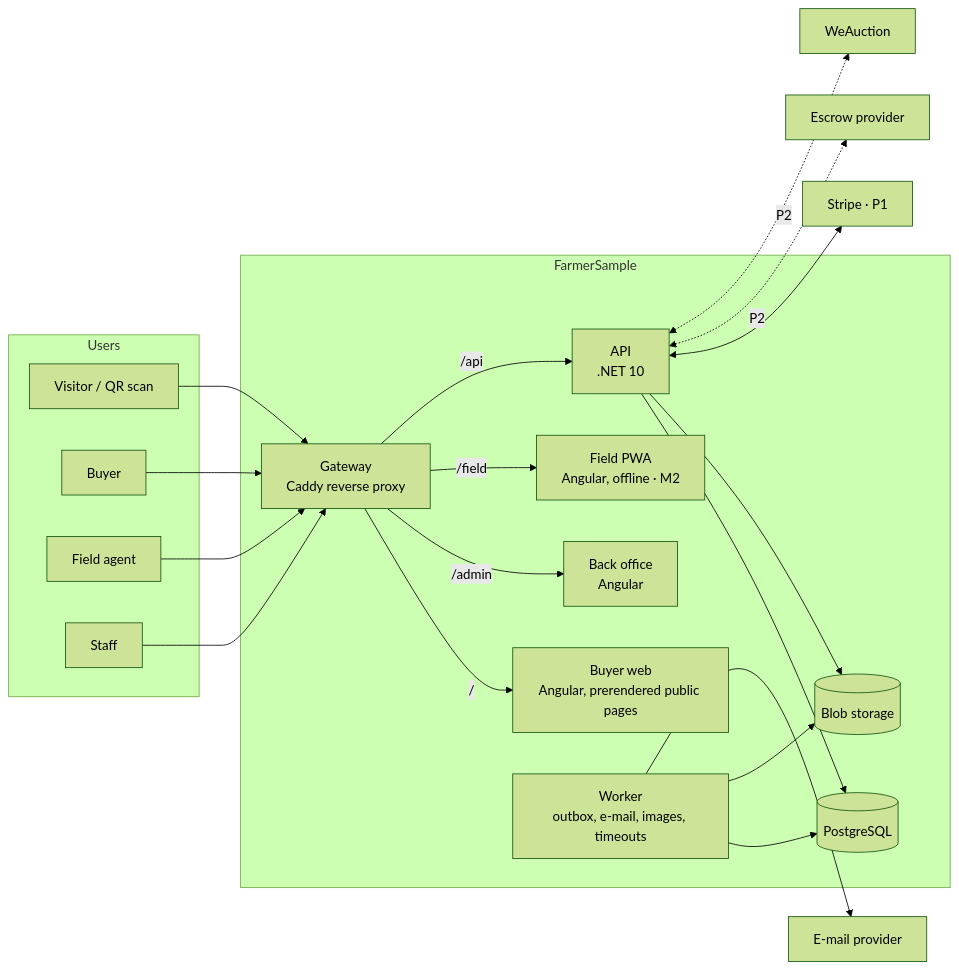
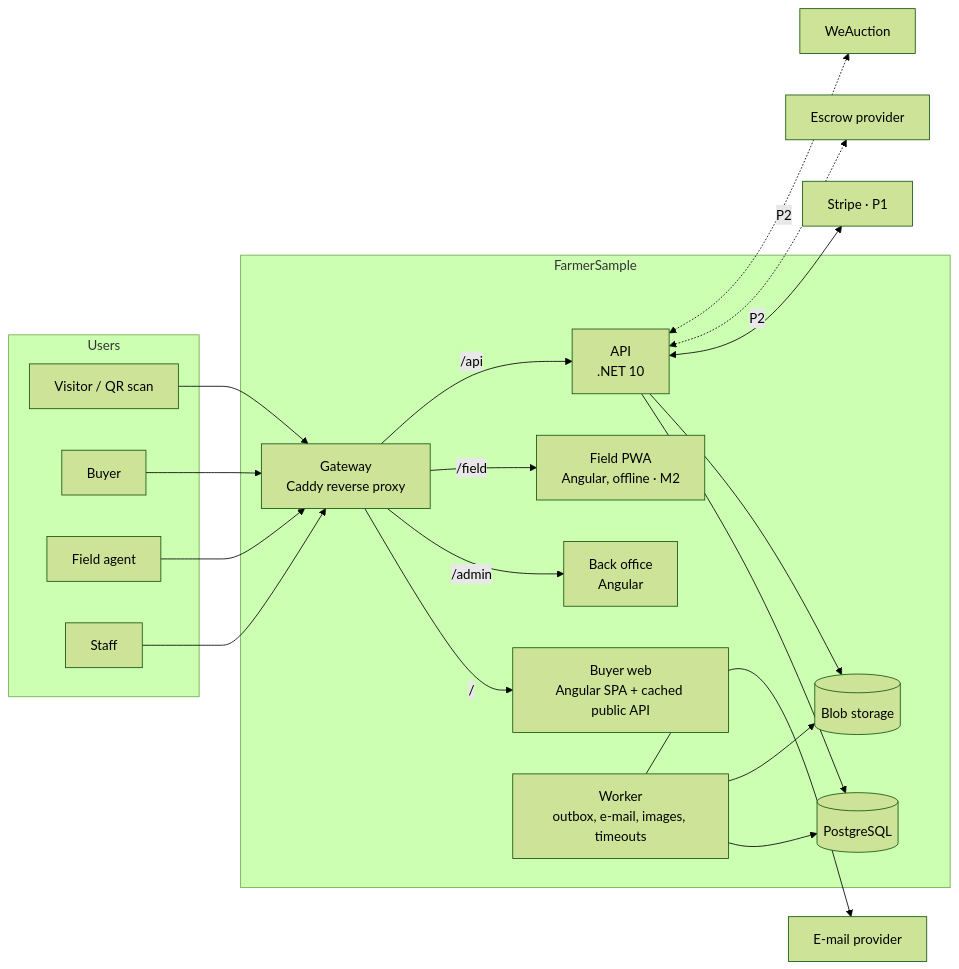
Before and after one commit to paulrijk/Farmersample: the first of 4 diagrams in docs/ARCHITECTURE.md, drawn with Mermaid (forest theme). The commit also changed other lines of this file, not shown here.

Commit message:
Architecture v0.3 after review round 2

````diff
--- a/docs/ARCHITECTURE.md
+++ b/docs/ARCHITECTURE.md
@@ -67,31 +69,31 @@
 ```mermaid
 flowchart LR
   subgraph Users
     V[Visitor / QR scan]
     B[Buyer]
     F[Field agent]
     S[Staff]
   end
   subgraph FarmerSample
     GW[Gateway<br/>Caddy reverse proxy]
-    BW[Buyer web<br/>Angular, prerendered public pages]
+    BW[Buyer web<br/>Angular SPA + cached public API]
     BO[Back office<br/>Angular]
     FI[Field PWA<br/>Angular, offline · M2]
     API[API<br/>.NET 10]
     W[Worker<br/>outbox, e-mail, images, timeouts]
     DB[(PostgreSQL)]
     BL[(Blob storage)]
   end
   V & B --> GW
   F & S --> GW
   GW -->|/| BW
   GW -->|/admin| BO
   GW -->|/field| FI
   GW -->|/api| API
   API --> DB & BL
   W --> DB & BL
   API <--> STRIPE[Stripe · P1]
   W --> MAIL[E-mail provider]
   API <-.P2.-> ESC[Escrow provider]
   API <-.P2.-> WA[WeAuction]
 ```
````
